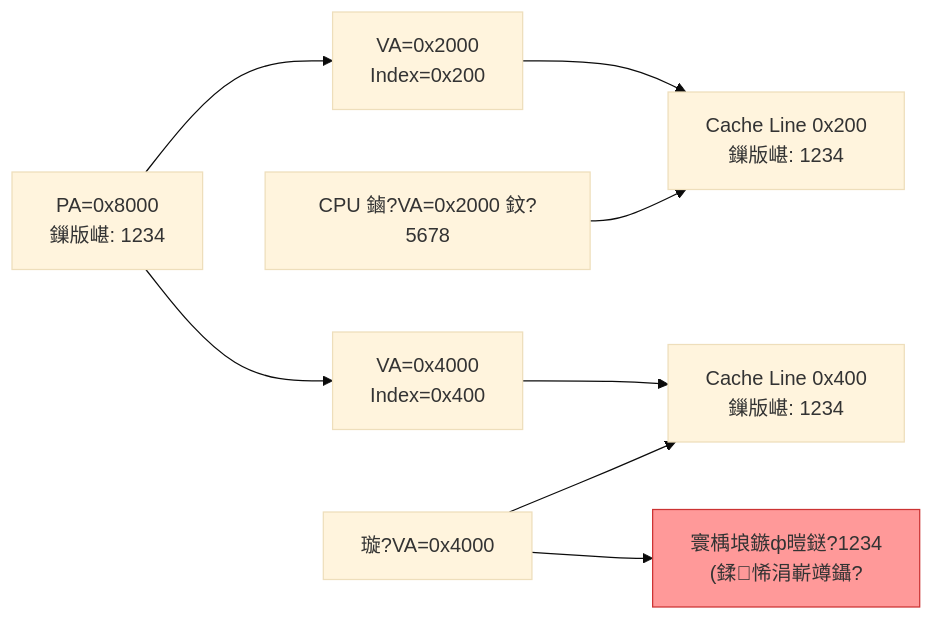
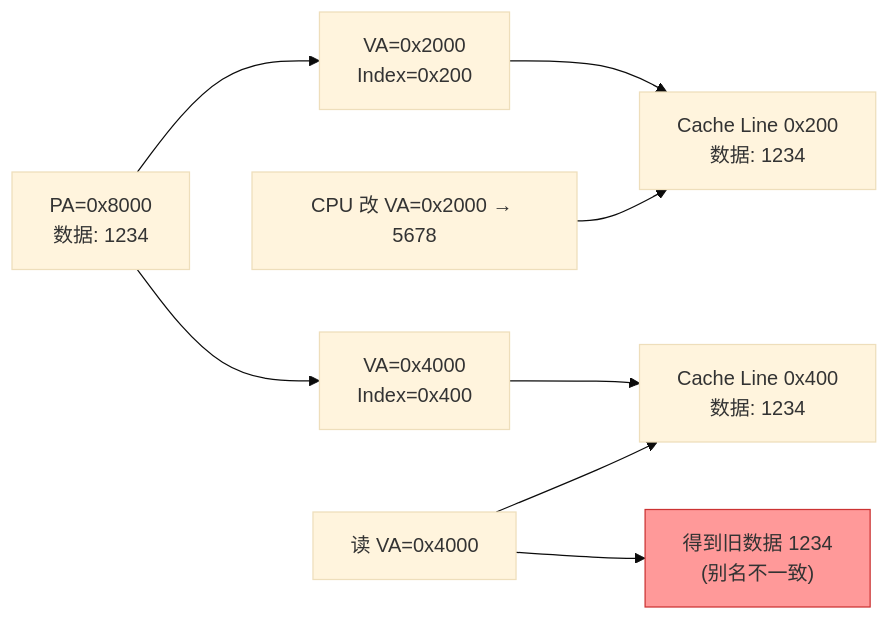
One commit to muyuzhang29-oss/obsidian-knowledge-base changed the third of 8 diagrams in 09-Notes/07-Cache组织与策略.md. Above: the diagram before and after it, drawn with Mermaid (base theme). The commit also changed other lines of this file and 144 other files, not shown here.

````diff
--- a/09-Notes/07-Cache组织与策略.md
+++ b/09-Notes/07-Cache组织与策略.md
@@ -41,11 +41,11 @@
 ```mermaid
 flowchart LR
-    VA1["VA=0x2000<br/>Index=0x200"] --> CL1["Cache Line 0x200<br/>鏁版嵁: 1234"]
-    VA2["VA=0x4000<br/>Index=0x400"] --> CL2["Cache Line 0x400<br/>鏁版嵁: 1234"]
-    PA["PA=0x8000<br/>鏁版嵁: 1234"] --> VA1
+    VA1["VA=0x2000<br/>Index=0x200"] --> CL1["Cache Line 0x200<br/>数据: 1234"]
+    VA2["VA=0x4000<br/>Index=0x400"] --> CL2["Cache Line 0x400<br/>数据: 1234"]
+    PA["PA=0x8000<br/>数据: 1234"] --> VA1
     PA --> VA2
-    MOD["CPU 鏀?VA=0x2000 鈫?5678"] --> CL1
-    READ["璇?VA=0x4000"] --> CL2
-    READ --> ERR["寰楀埌鏃ф暟鎹?1234<br/>(鍒悕涓嶄竴鑷?"]
+    MOD["CPU 改 VA=0x2000 → 5678"] --> CL1
+    READ["读 VA=0x4000"] --> CL2
+    READ --> ERR["得到旧数据 1234<br/>(别名不一致)"]
     style ERR fill:#f99,stroke:#c33
 ```
````
